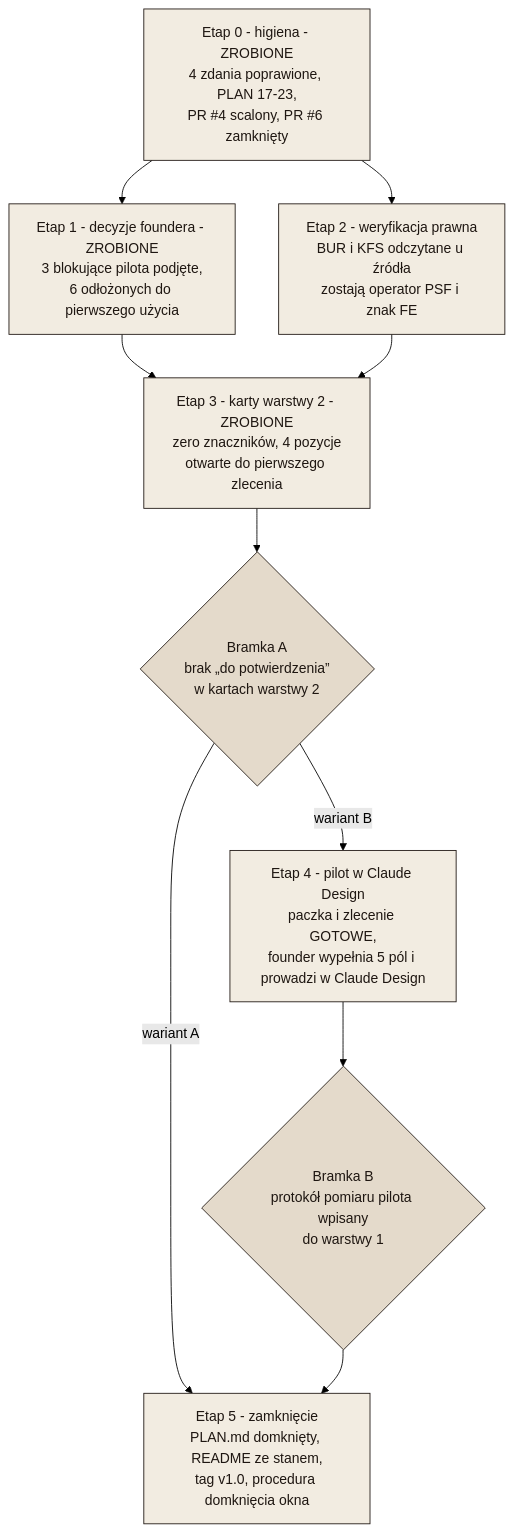
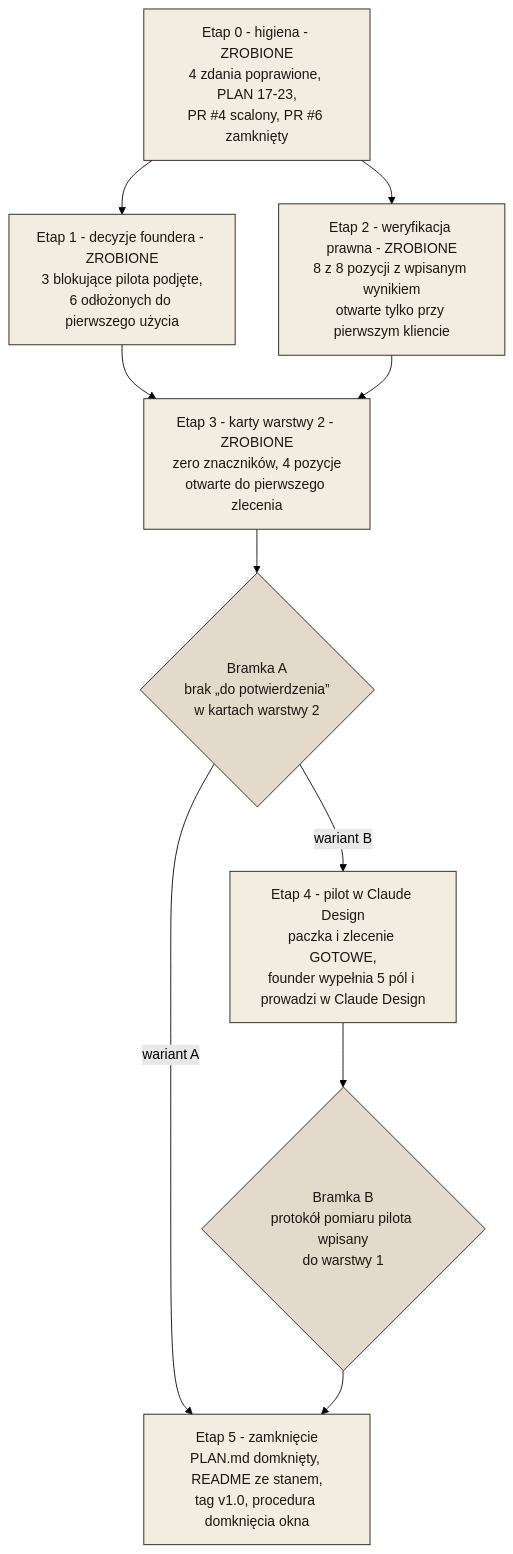
The diagram in MAPA-DROGOWA.md (lukasz-znojek/irn-design-brandbook), drawn with Mermaid (forest theme) before and after one commit. The commit also changed other lines of this file and 11 other files, not shown here.

First line of the commit message:
Etap 2 domknięty: pozycje 7-8 odczytane, dane z KRS odblokowały pilota

````diff
--- a/MAPA-DROGOWA.md
+++ b/MAPA-DROGOWA.md
@@ -100,31 +102,31 @@
 ```mermaid
 flowchart TD
     S0["Etap 0 - higiena - ZROBIONE<br/>4 zdania poprawione, PLAN 17-23,<br/>PR #4 scalony, PR #6 zamknięty"]
     S1["Etap 1 - decyzje foundera - ZROBIONE<br/>3 blokujące pilota podjęte,<br/>6 odłożonych do pierwszego użycia"]
-    S2["Etap 2 - weryfikacja prawna<br/>BUR i KFS odczytane u źródła<br/>zostają operator PSF i znak FE"]
+    S2["Etap 2 - weryfikacja prawna - ZROBIONE<br/>8 z 8 pozycji z wpisanym wynikiem<br/>otwarte tylko przy pierwszym kliencie"]
     S3["Etap 3 - karty warstwy 2 - ZROBIONE<br/>zero znaczników, 4 pozycje<br/>otwarte do pierwszego zlecenia"]
     S4["Etap 4 - pilot w Claude Design<br/>paczka i zlecenie GOTOWE,<br/>founder wypełnia 5 pól i prowadzi w Claude Design"]
     S5["Etap 5 - zamknięcie<br/>PLAN.md domknięty, README ze stanem,<br/>tag v1.0, procedura domknięcia okna"]
 
     G1{"Bramka A<br/>brak „do potwierdzenia”<br/>w kartach warstwy 2"}
     G2{"Bramka B<br/>protokół pomiaru pilota wpisany<br/>do warstwy 1"}
 
     S0 --> S1
     S0 --> S2
     S1 --> S3
     S2 --> S3
     S3 --> G1
     G1 -->|wariant A| S5
     G1 -->|wariant B| S4
     S4 --> G2
     G2 --> S5
 
     style S0 fill:#F2ECE1,stroke:#1E1611,color:#1E1611
     style S1 fill:#F2ECE1,stroke:#1E1611,color:#1E1611
     style S2 fill:#F2ECE1,stroke:#1E1611,color:#1E1611
     style S3 fill:#F2ECE1,stroke:#1E1611,color:#1E1611
     style S4 fill:#F2ECE1,stroke:#1E1611,color:#1E1611
     style S5 fill:#F2ECE1,stroke:#1E1611,color:#1E1611
     style G1 fill:#E4DACB,stroke:#1E1611,color:#1E1611
     style G2 fill:#E4DACB,stroke:#1E1611,color:#1E1611
 ```
````
